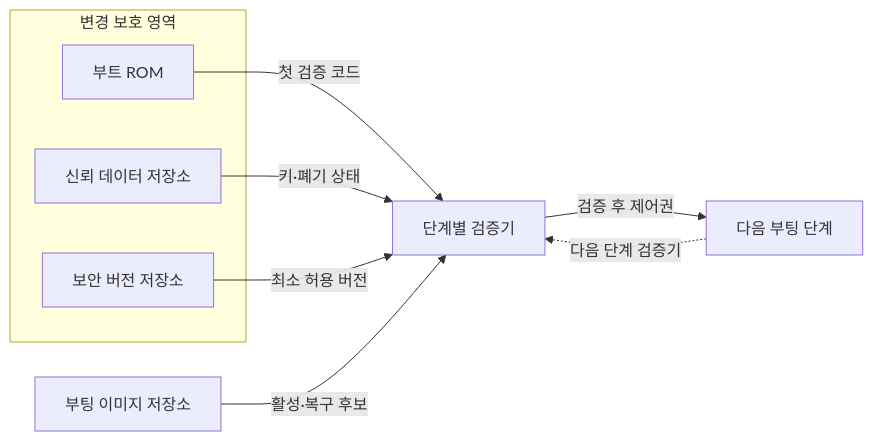
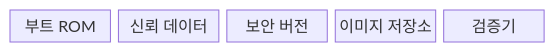
Before and after one commit to agnusdei1207/knowledge-base: the first of 2 diagrams in src/content/docs/notes/02-hardware/068_secure_boot.md, drawn with Mermaid. The commit also changed other lines of this file and 20 other files, not shown here.

````diff
--- a/src/content/docs/notes/02-hardware/068_secure_boot.md
+++ b/src/content/docs/notes/02-hardware/068_secure_boot.md
@@ -61,17 +58,9 @@
 ```mermaid
-flowchart LR
-    subgraph T["변경 보호 영역"]
-        R["부트 ROM"]
-        K["신뢰 데이터 저장소"]
-        C["보안 버전 저장소"]
-    end
-    S["부팅 이미지 저장소"]
-    V["단계별 검증기"]
-    N["다음 부팅 단계"]
-    R -->|"첫 검증 코드"| V
-    K -->|"키·폐기 상태"| V
-    C -->|"최소 허용 버전"| V
-    S -->|"활성·복구 후보"| V
-    V -->|"검증 후 제어권"| N
-    N -.->|"다음 단계 검증기"| V
+block
+  columns 5
+  A["부트 ROM"]
+  B["신뢰 데이터"]
+  C["보안 버전"]
+  D["이미지 저장소"]
+  E["검증기"]
 ```
````
